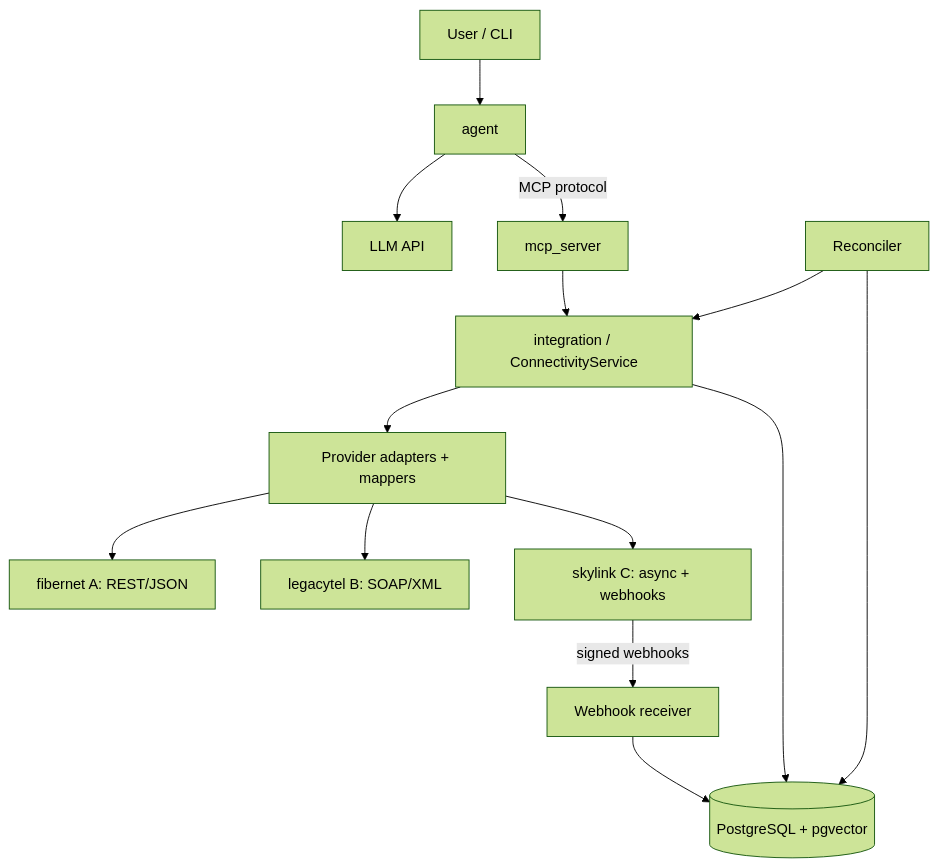
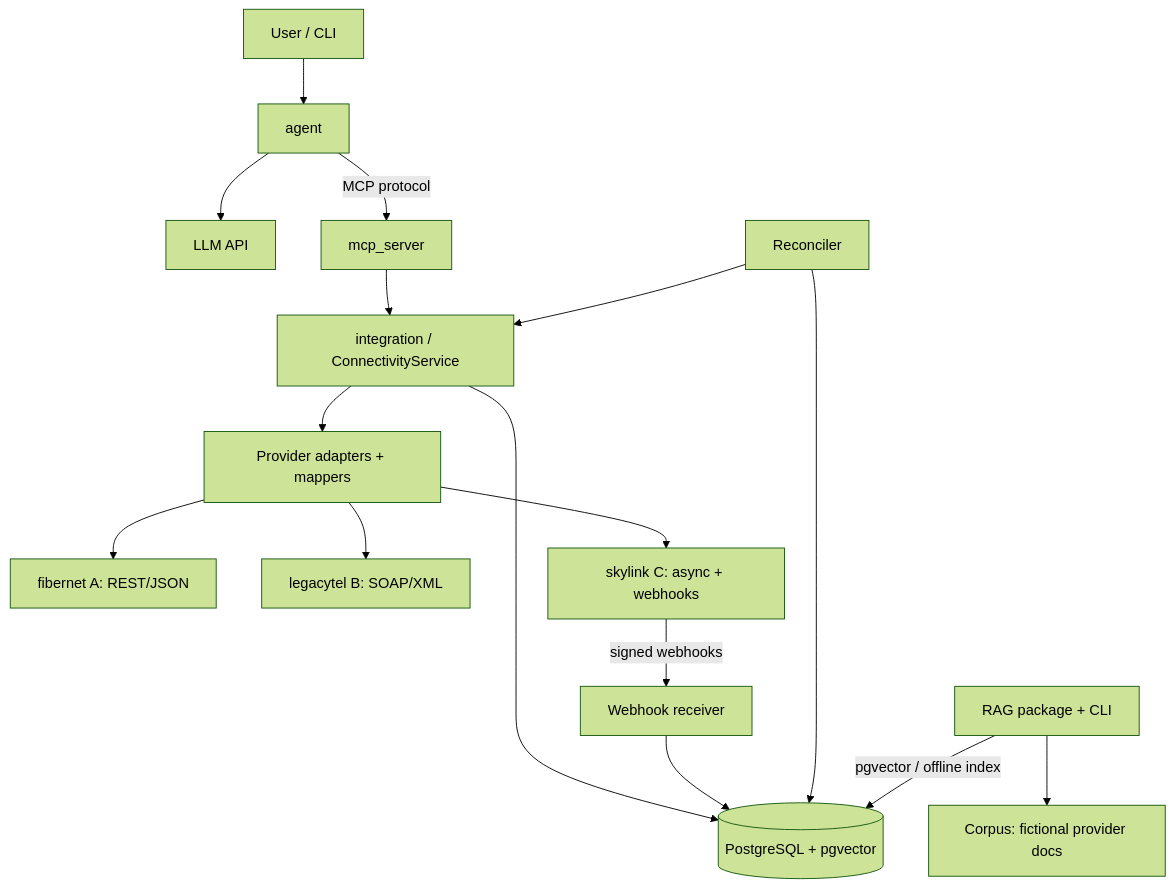
The first of 5 diagrams in docs/ARCHITECTURE.md (josemontesinos/aintegrator), drawn with Mermaid (forest theme) before and after one commit. The commit also changed other lines of this file and 35 other files, not shown here.

Commit message:
feat(rag): add hybrid retrieval over provider docs (phase 6)

````diff
--- a/docs/ARCHITECTURE.md
+++ b/docs/ARCHITECTURE.md
@@ -6,16 +7,18 @@
 ```mermaid
 flowchart TD
     user[User / CLI] --> agent[agent]
     agent --> llm[LLM API]
     agent -->|MCP protocol| mcp[mcp_server]
     mcp --> service[integration / ConnectivityService]
     service --> adapters[Provider adapters + mappers]
     service --> pg[(PostgreSQL + pgvector)]
     adapters --> fibernet[fibernet A: REST/JSON]
     adapters --> legacytel[legacytel B: SOAP/XML]
     adapters --> skylink[skylink C: async + webhooks]
     skylink -->|signed webhooks| receiver[Webhook receiver]
     receiver --> pg
     reconciler[Reconciler] --> service
     reconciler --> pg
+    rag[RAG package + CLI] -->|pgvector / offline index| pg
+    rag --> docs[Corpus: fictional provider docs]
 ```
````
